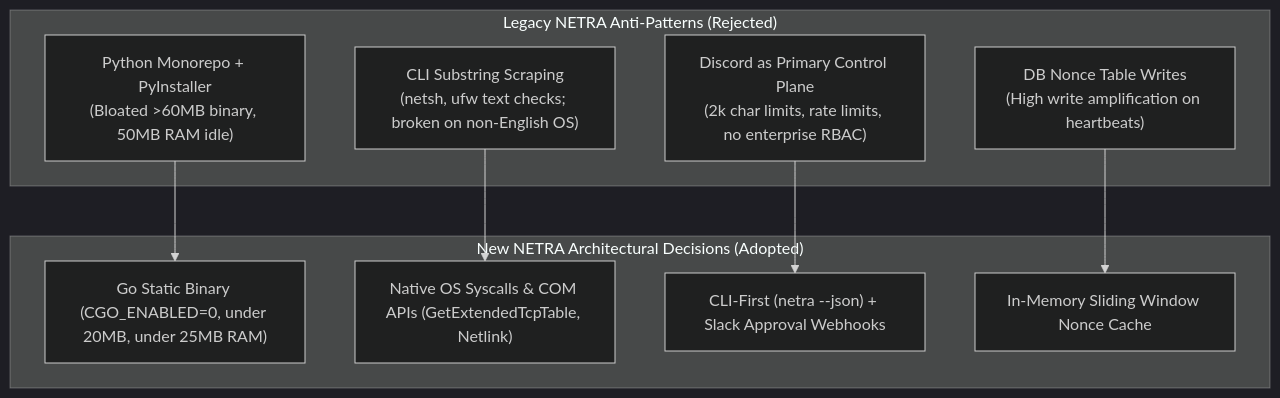
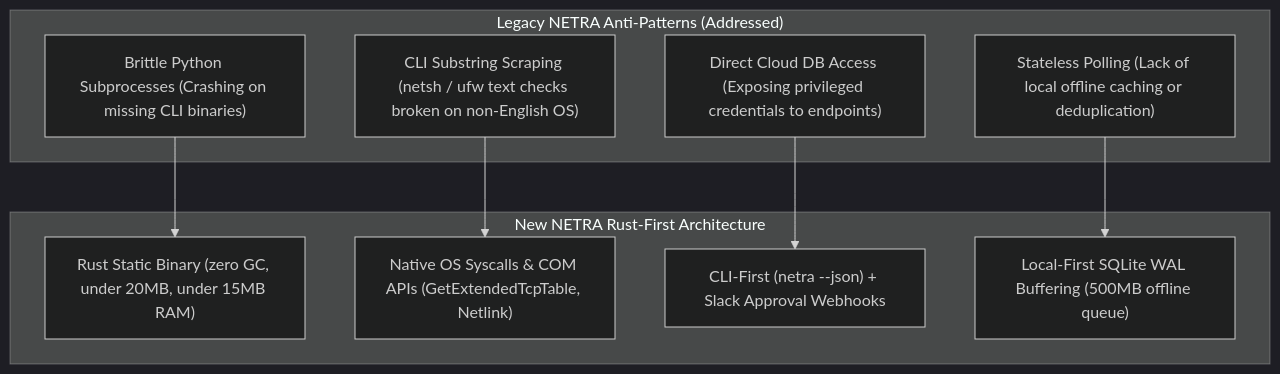
Before and after one commit to Subhadip-Paul2006/NETRA-Backend: the first of 2 diagrams in docs/RESEARCH.md, drawn with Mermaid (dark theme). The commit also changed other lines of this file and 13 other files, not shown here.

Commit message:
docs: finalize Rust-first systems architecture lock across all 16 specifications

````diff
--- a/docs/RESEARCH.md
+++ b/docs/RESEARCH.md
@@ -91,21 +35,21 @@
 ```mermaid
 flowchart TD
-    subgraph LegacyNETRA["Legacy NETRA Anti-Patterns (Rejected)"]
-        L1["Python Monorepo + PyInstaller<br/>(Bloated >60MB binary, 50MB RAM idle)"]
-        L2["CLI Substring Scraping<br/>(netsh, ufw text checks; broken on non-English OS)"]
-        L3["Discord as Primary Control Plane<br/>(2k char limits, rate limits, no enterprise RBAC)"]
-        L4["DB Nonce Table Writes<br/>(High write amplification on heartbeats)"]
+    subgraph LegacyAntiPatterns["Legacy NETRA Anti-Patterns (Addressed)"]
+        L1["Brittle Python Subprocesses (Crashing on missing CLI binaries)"]
+        L2["CLI Substring Scraping (netsh / ufw text checks broken on non-English OS)"]
+        L3["Direct Cloud DB Access (Exposing privileged credentials to endpoints)"]
+        L4["Stateless Polling (Lack of local offline caching or deduplication)"]
     end
 
-    subgraph Evolution["New NETRA Architectural Decisions (Adopted)"]
-        E1["Go Static Binary (CGO_ENABLED=0, under 20MB, under 25MB RAM)"]
+    subgraph ModernDesign["New NETRA Rust-First Architecture"]
+        E1["Rust Static Binary (zero GC, under 20MB, under 15MB RAM)"]
         E2["Native OS Syscalls & COM APIs (GetExtendedTcpTable, Netlink)"]
         E3["CLI-First (netra --json) + Slack Approval Webhooks"]
-        E4["In-Memory Sliding Window Nonce Cache"]
+        E4["Local-First SQLite WAL Buffering (500MB offline queue)"]
     end
 
     L1 --> E1
     L2 --> E2
     L3 --> E3
     L4 --> E4
 ```
````
